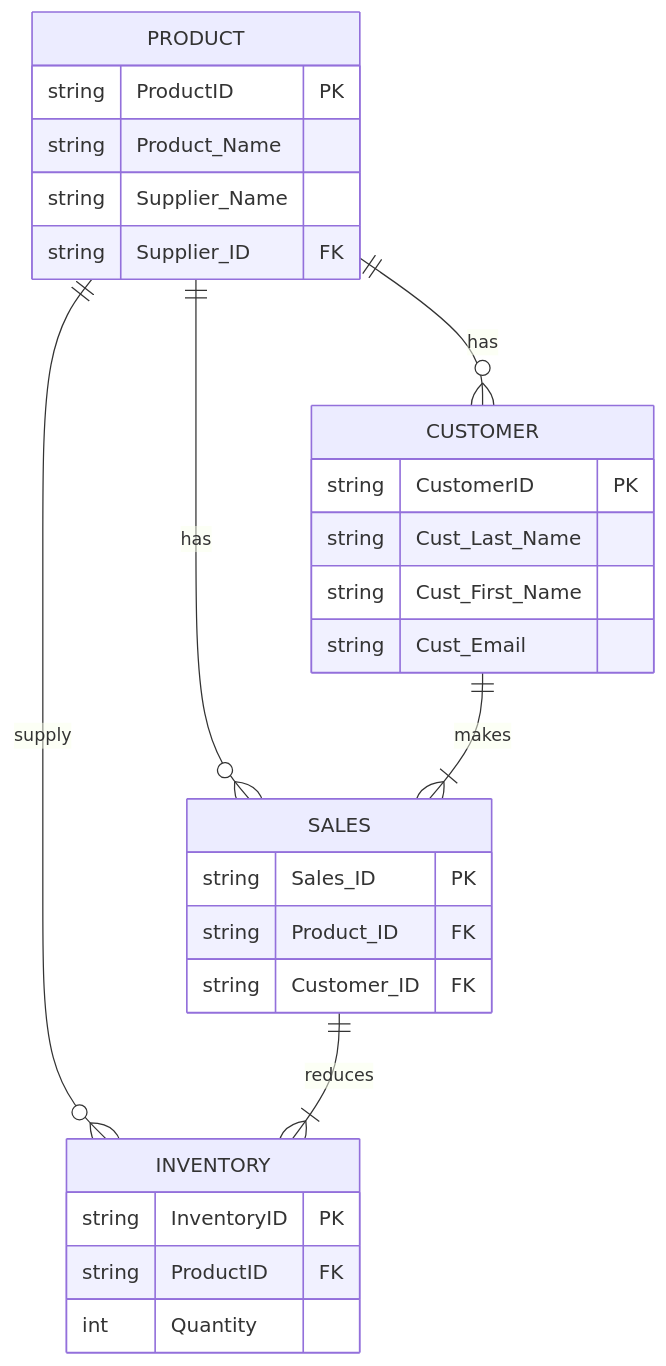
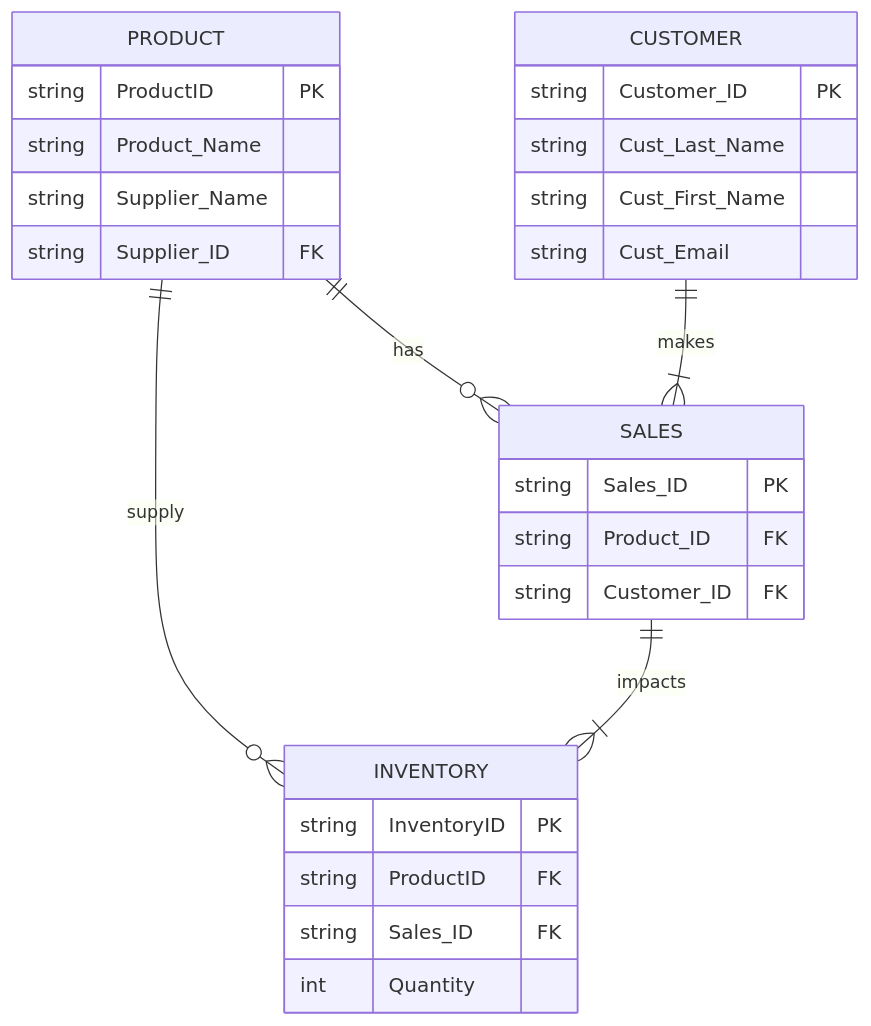
The diagram in NikeStore_ERD.md (odiedock/ERD_Nike), drawn with Mermaid before and after one commit.

Commit message:
Update NikeStore_ERD.md
Minor adjustment to ERD

````diff
--- a/NikeStore_ERD.md
+++ b/NikeStore_ERD.md
@@ -1,25 +1,26 @@
 ```mermaid
 erDiagram
-PRODUCT ||--o{ CUSTOMER : has
+
 PRODUCT{string ProductID PK
         string Product_Name
         string Supplier_Name
         string Supplier_ID FK
     }   
     INVENTORY{string InventoryID PK
               string ProductID FK
+              string Sales_ID FK
               int Quantity}
     PRODUCT ||--o{ SALES:  has
     PRODUCT ||--o{ INVENTORY: supply
     CUSTOMER ||--|{ SALES : makes
-    CUSTOMER{string CustomerID PK
+    CUSTOMER{string Customer_ID PK
             string Cust_Last_Name
             string Cust_First_Name
             string Cust_Email}
     
-    SALES ||--|{INVENTORY: reduces 
+    SALES ||--|{INVENTORY: impacts
     SALES{  string Sales_ID PK
             string Product_ID FK
             string Customer_ID FK}
    
 ```
````
